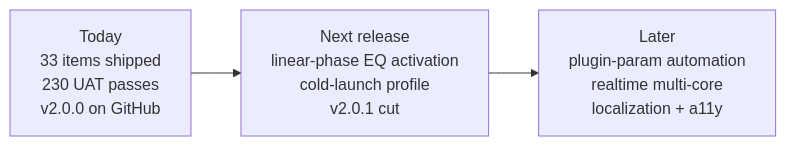
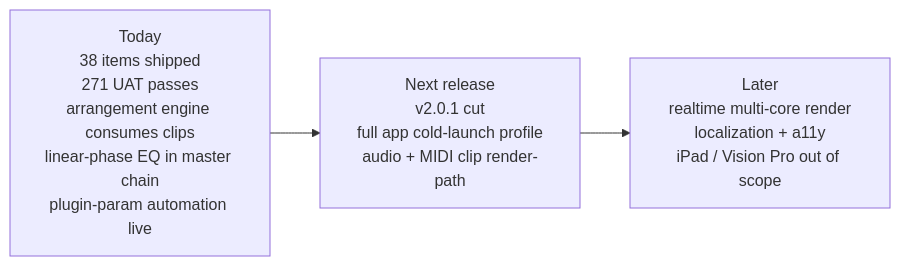
One commit to mstits/Tooot changed the second of 2 diagrams in docs/FEATURE_ROADMAP.md. Above: the diagram before and after it, drawn with Mermaid. The commit also changed other lines of this file and 4 other files, not shown here.

````diff
--- a/docs/FEATURE_ROADMAP.md
+++ b/docs/FEATURE_ROADMAP.md
@@ -16,5 +16,5 @@
 ```mermaid
 flowchart LR
-    Today[Today<br/>33 items shipped<br/>230 UAT passes<br/>v2.0.0 on GitHub] --> Next[Next release<br/>linear-phase EQ activation<br/>cold-launch profile<br/>v2.0.1 cut]
-    Next --> Later[Later<br/>plugin-param automation<br/>realtime multi-core<br/>localization + a11y]
+    Today[Today<br/>38 items shipped<br/>271 UAT passes<br/>arrangement engine consumes clips<br/>linear-phase EQ in master chain<br/>plugin-param automation live] --> Next[Next release<br/>v2.0.1 cut<br/>full app cold-launch profile<br/>audio + MIDI clip render-path]
+    Next --> Later[Later<br/>realtime multi-core render<br/>localization + a11y<br/>iPad / Vision Pro out of scope]
 ```
````
